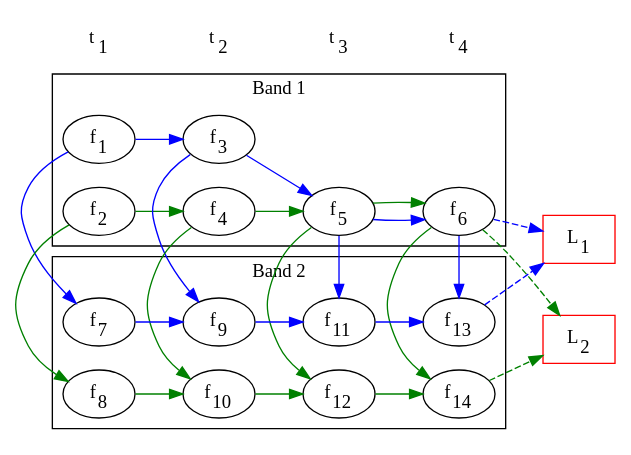
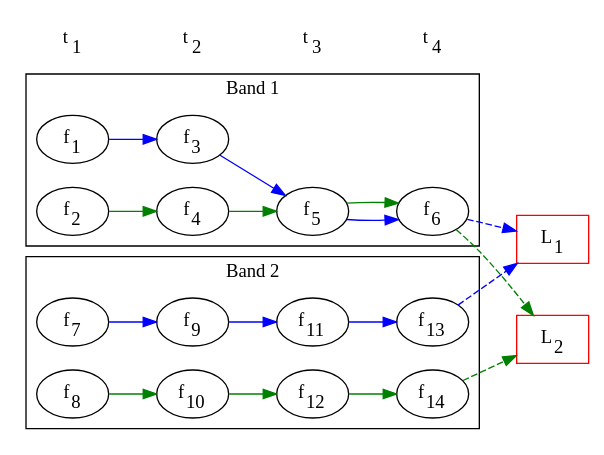
One commit to transientskp/tkp changed the diagram in documentation/source/database/assoc/many2one.multiband.dot. Above: the diagram before and after it, drawn with Graphviz. The commit also changed 5 other files, not shown here.

```diff
--- a/documentation/source/database/assoc/many2one.multiband.dot
+++ b/documentation/source/database/assoc/many2one.multiband.dot
@@ -1,58 +1,47 @@
 digraph many2one {
     rankdir=LR;
     f1 [label=<f<SUB>1</SUB>>];
     f2 [label=<f<SUB>2</SUB>>];
     f3 [label=<f<SUB>3</SUB>>];
     f4 [label=<f<SUB>4</SUB>>];
     f5 [label=<f<SUB>5</SUB>>];
     f6 [label=<f<SUB>6</SUB>>];
     f7 [label=<f<SUB>7</SUB>>];
     f8 [label=<f<SUB>8</SUB>>];
     f9 [label=<f<SUB>9</SUB>>];
     f10 [label=<f<SUB>10</SUB>>];
     f11 [label=<f<SUB>11</SUB>>];
     f12 [label=<f<SUB>12</SUB>>];
     f13 [label=<f<SUB>13</SUB>>];
     f14 [label=<f<SUB>14</SUB>>];
 
     subgraph cluster0 {
         node [style=filled,color=white];
         f1 -> f3 -> f5 -> f6 [color=blue];
         f2 -> f4 -> f5 -> f6 [color=green];
         label = "Band 1";
     }
     subgraph cluster1 {
         rank = min;
         node [style=filled];
         f7 -> f9 -> f11 -> f13 [color=blue];
         f8 -> f10 -> f12 -> f14 [color=green];
         label = "Band 2";
     }
-    edge[color=blue, constraint=false];
-    f1 -> f7;
-    f3 -> f9;
-    f5 -> f11;
-    f6 -> f13;
-    edge[color=green, constraint=false];
-    f2 -> f8;
-    f4 -> f10;
-    f5 -> f12;
-    f6 -> f14;
-    edge[constraint=true];
 
 
     f6 -> l1 [style=dashed, color=blue];
     f13 -> l1 [style=dashed, color=blue];
     l1[label=<L<SUB>1</SUB>>, shape=box, color=red];
     f6 -> l2 [style=dashed, color=green];
     f14 -> l2 [style=dashed, color=green];
     l2[label=<L<SUB>2</SUB>>, shape=box, color=red];
 
     node[shape=none];
     edge[style=invis];
     t1 [label=<t<SUB>1</SUB>>];
     t2 [label=<t<SUB>2</SUB>>];
     t3 [label=<t<SUB>3</SUB>>];
     t4 [label=<t<SUB>4</SUB>>];
     t1 -> t2 -> t3 -> t4;
 }
```
